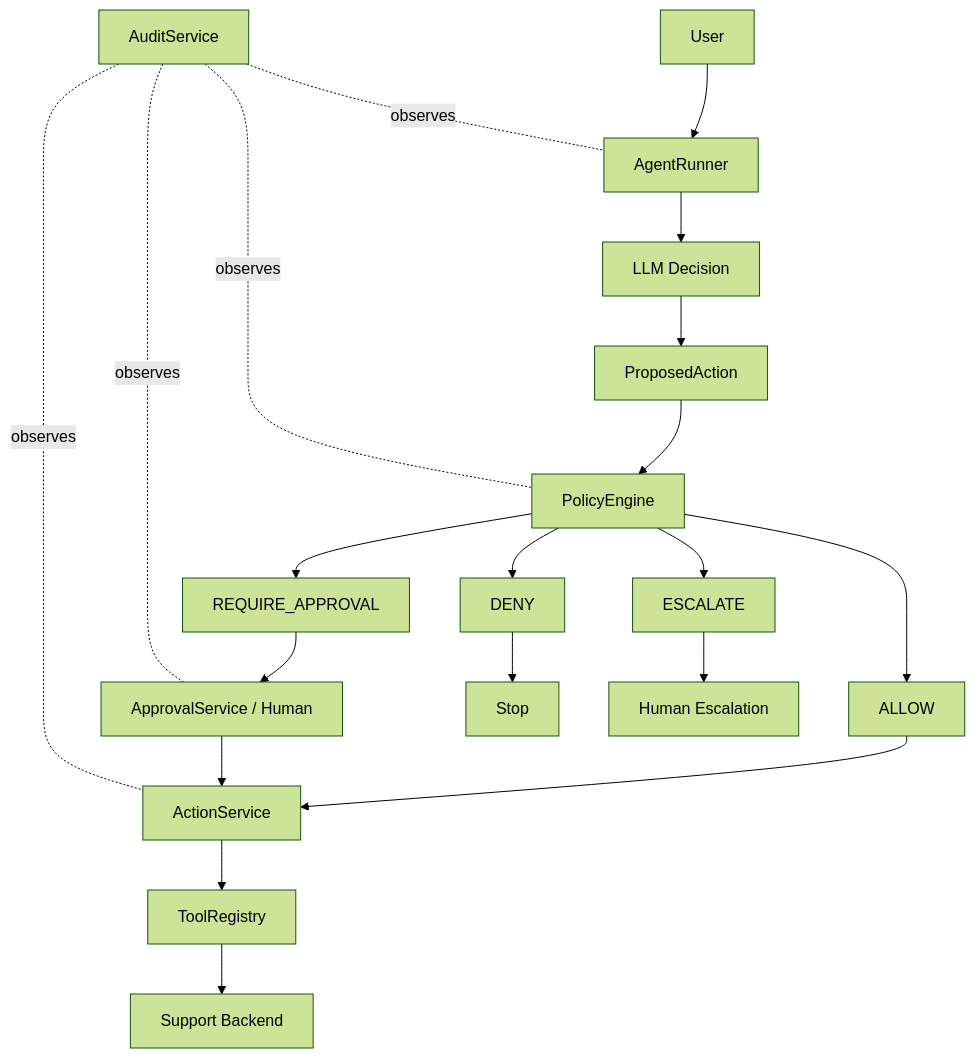
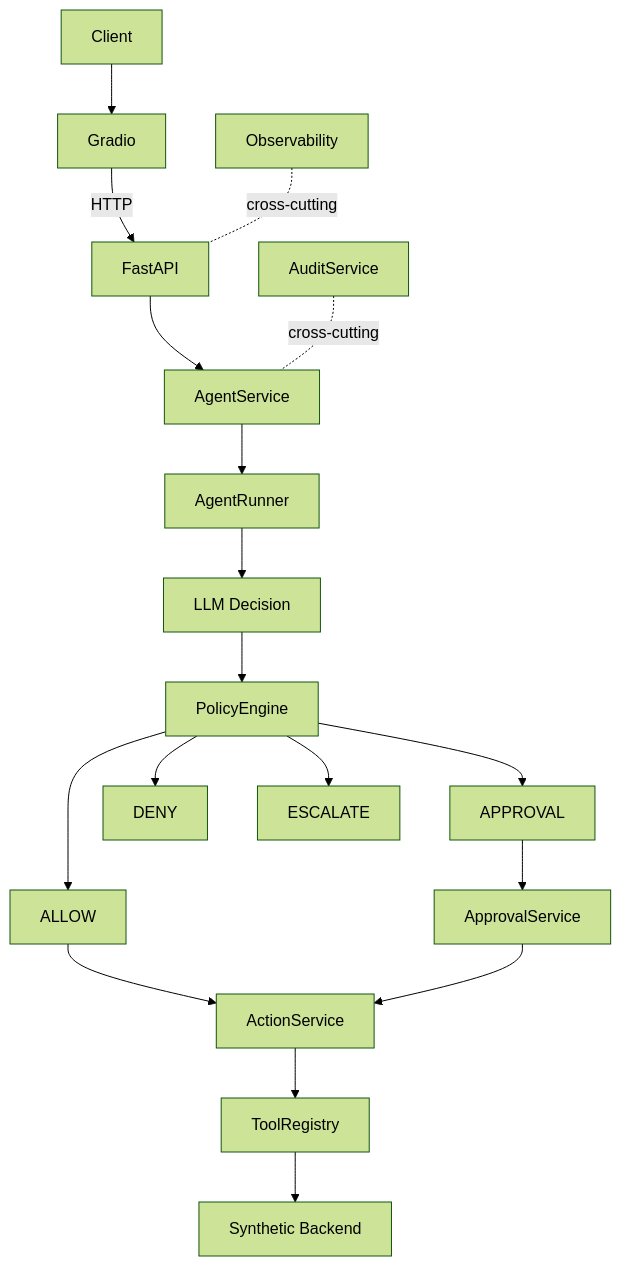
One commit to SincereSag87/supportops-agent changed the first of 2 diagrams in README.md. Above: the diagram before and after it, drawn with Mermaid (forest theme). The commit also changed other lines of this file and 44 other files, not shown here.

Commit message:
docs: prepare SupportOps Agent v1.0.0 release

````diff
--- a/README.md
+++ b/README.md
@@ -13,22 +47,20 @@
 ```mermaid
 flowchart TD
-    A[User] --> B[AgentRunner]
-    B --> C[LLM Decision]
-    C --> D[ProposedAction]
-    D --> E[PolicyEngine]
-    E --> F[ALLOW]
-    E --> G[REQUIRE_APPROVAL]
-    E --> H[DENY]
-    E --> I[ESCALATE]
-    F --> J[ActionService]
-    G --> K[ApprovalService / Human]
-    K --> J
-    H --> L[Stop]
-    I --> M[Human Escalation]
-    J --> N[ToolRegistry]
-    N --> O[Support Backend]
-    P[AuditService] -. observes .- B
-    P -. observes .- E
-    P -. observes .- K
-    P -. observes .- J
+    A[Client] --> B[Gradio]
+    B -->|HTTP| C[FastAPI]
+    C --> D[AgentService]
+    D --> E[AgentRunner]
+    E --> F[LLM Decision]
+    F --> G[PolicyEngine]
+    G --> H[ALLOW]
+    G --> I[APPROVAL]
+    G --> J[DENY]
+    G --> K[ESCALATE]
+    I --> L[ApprovalService]
+    H --> M[ActionService]
+    L --> M
+    M --> N[ToolRegistry]
+    N --> O[Synthetic Backend]
+    P[AuditService] -. cross-cutting .- D
+    Q[Observability] -. cross-cutting .- C
 ```
````
